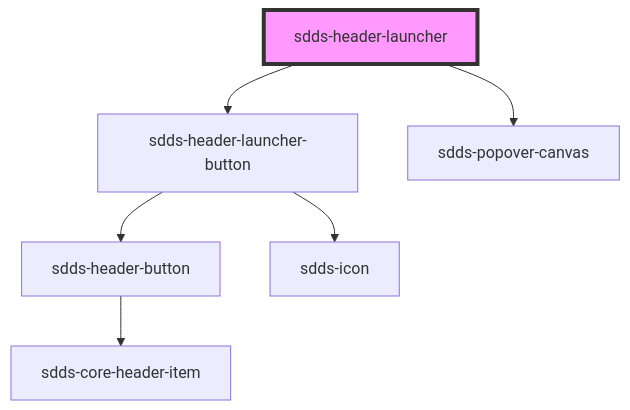
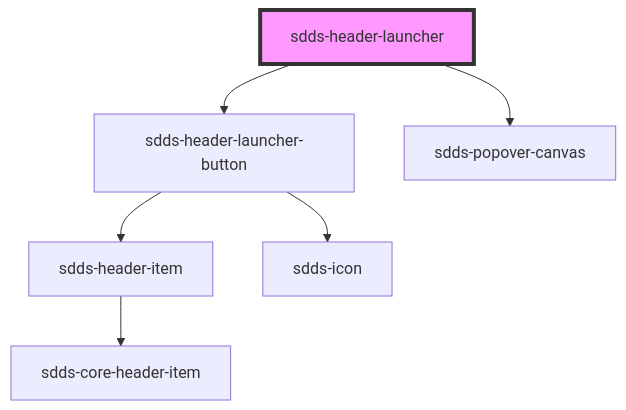
The diagram in tegel/src/components/header/webcomponent/header-launcher/readme.md (scania-digital-design-system/sdds), drawn with Mermaid before and after one commit. The commit also changed 44 other files, not shown here.

Commit message:
feat(sidemenu,header): remove -button and -link components and replace with -item

````diff
--- a/tegel/src/components/header/webcomponent/header-launcher/readme.md
+++ b/tegel/src/components/header/webcomponent/header-launcher/readme.md
@@ -19,9 +19,9 @@
 ```mermaid
 graph TD;
   sdds-header-launcher --> sdds-header-launcher-button
   sdds-header-launcher --> sdds-popover-canvas
-  sdds-header-launcher-button --> sdds-header-button
+  sdds-header-launcher-button --> sdds-header-item
   sdds-header-launcher-button --> sdds-icon
-  sdds-header-button --> sdds-core-header-item
+  sdds-header-item --> sdds-core-header-item
   style sdds-header-launcher fill:#f9f,stroke:#333,stroke-width:4px
 ```
````
